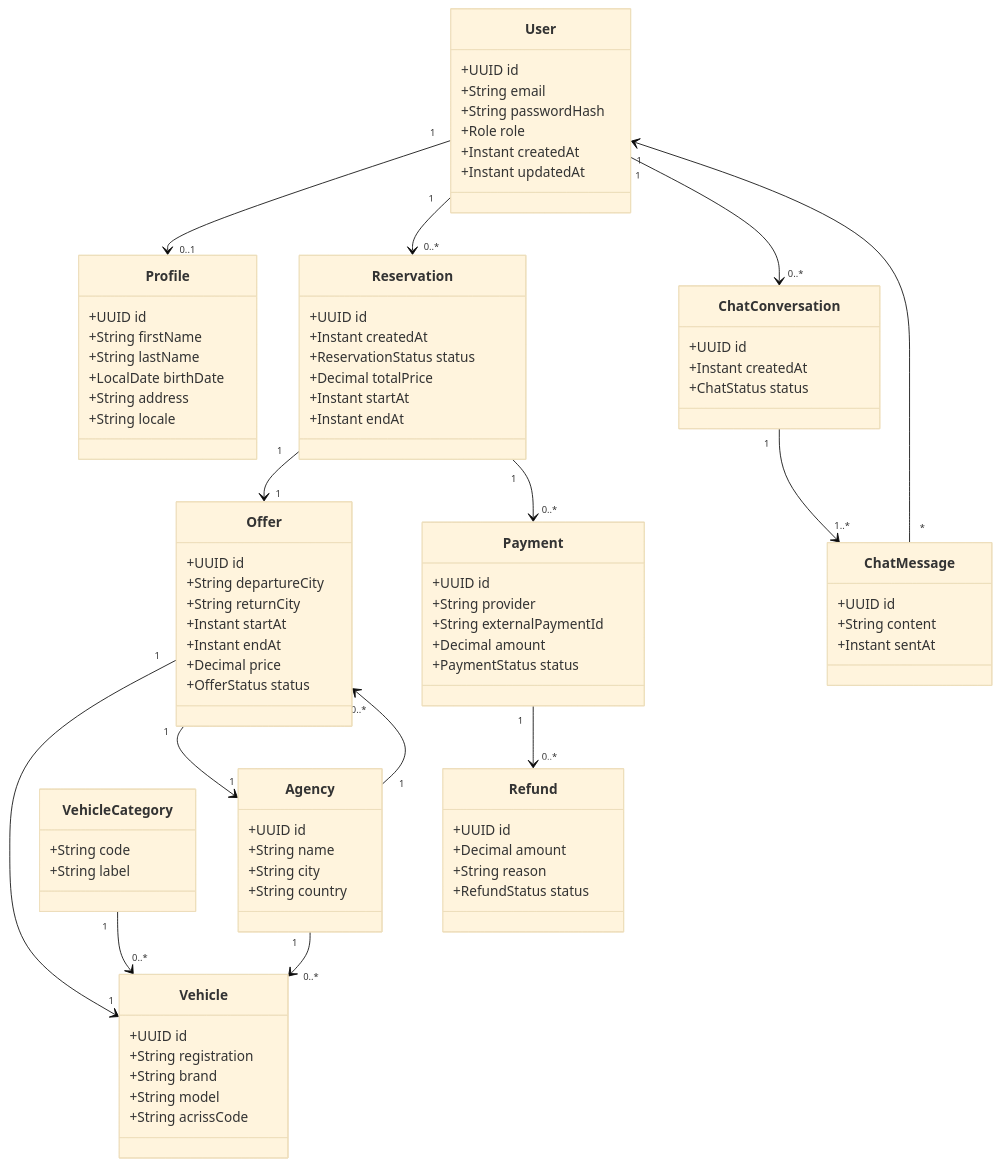
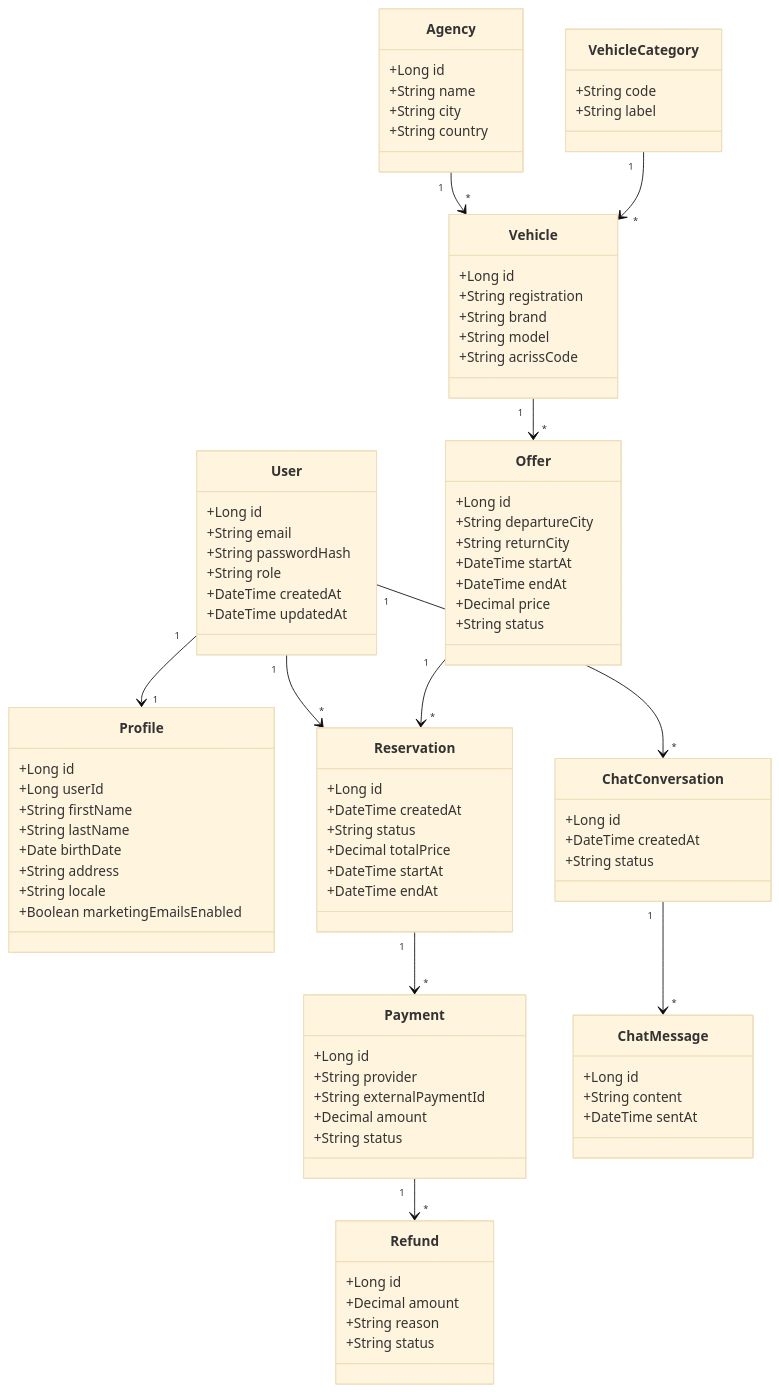
One commit to LeangOC/MyOC2_P10 changed the fifth of 6 diagrams in Docs/Dossier_Architecture.md. Above: the diagram before and after it, drawn with Mermaid (base theme). The commit also changed other lines of this file and 4 other files, not shown here.

Commit message:
Dossier Architecture

````diff
--- a/Docs/Dossier_Architecture.md
+++ b/Docs/Dossier_Architecture.md
@@ -665,36 +699,30 @@
 classDiagram
 
     class User {
-        +UUID id
+        +Long id
         +String email
         +String passwordHash
-        +Role role
-        +Instant createdAt
-        +Instant updatedAt
+        +String role
+        +DateTime createdAt
+        +DateTime updatedAt
     }
 
     class Profile {
-        +UUID id
+        +Long id
+        +Long userId
         +String firstName
         +String lastName
-        +LocalDate birthDate
+        +Date birthDate
         +String address
         +String locale
+        +Boolean marketingEmailsEnabled
     }
 
     class Agency {
-        +UUID id
+        +Long id
         +String name
         +String city
         +String country
-    }
-
-    class Vehicle {
-        +UUID id
-        +String registration
-        +String brand
-        +String model
-        +String acrissCode
     }
 
     class VehicleCategory {
@@ -702,67 +730,68 @@
         +String label
     }
 
+    class Vehicle {
+        +Long id
+        +String registration
+        +String brand
+        +String model
+        +String acrissCode
+    }
+
     class Offer {
-        +UUID id
+        +Long id
         +String departureCity
         +String returnCity
-        +Instant startAt
-        +Instant endAt
+        +DateTime startAt
+        +DateTime endAt
         +Decimal price
-        +OfferStatus status
+        +String status
     }
 
     class Reservation {
-        +UUID id
-        +Instant createdAt
-        +ReservationStatus status
+        +Long id
+        +DateTime createdAt
+        +String status
         +Decimal totalPrice
-        +Instant startAt
-        +Instant endAt
+        +DateTime startAt
+        +DateTime endAt
     }
 
     class Payment {
-        +UUID id
+        +Long id
         +String provider
         +String externalPaymentId
         +Decimal amount
-        +PaymentStatus status
+        +String status
     }
 
     class Refund {
-        +UUID id
+        +Long id
         +Decimal amount
         +String reason
-        +RefundStatus status
+        +String status
     }
 
     class ChatConversation {
-        +UUID id
-        +Instant createdAt
-        +ChatStatus status
+        +Long id
+        +DateTime createdAt
+        +String status
     }
 
     class ChatMessage {
-        +UUID id
+        +Long id
         +String content
-        +Instant sentAt
+        +DateTime sentAt
     }
 
-    User "1" --> "0..1" Profile
-    User "1" --> "0..*" Reservation
-    User "1" --> "0..*" ChatConversation
-
-    Agency "1" --> "0..*" Vehicle
-    Agency "1" --> "0..*" Offer
-
-    VehicleCategory "1" --> "0..*" Vehicle
-    Offer "1" --> "1" Vehicle
-    Offer "1" --> "1" Agency
-
-    Reservation "1" --> "1" Offer
-    Reservation "1" --> "0..*" Payment
-    Payment "1" --> "0..*" Refund
-
-    ChatConversation "1" --> "1..*" ChatMessage
-    ChatMessage "*" --> "1" User
+    User "1" --> "1" Profile
+    User "1" --> "*" Reservation
+    Agency "1" --> "*" Vehicle
+    VehicleCategory "1" --> "*" Vehicle
+    Vehicle "1" --> "*" Offer
+    Offer "1" --> "*" Reservation
+    Reservation "1" --> "*" Payment
+    Payment "1" --> "*" Refund
+    User "1" --> "*" ChatConversation
+    ChatConversation "1" --> "*" ChatMessage
 ```
````
